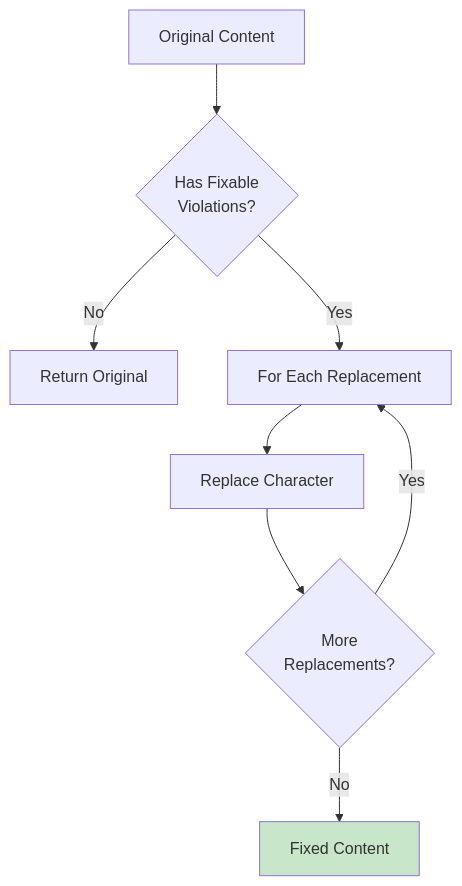
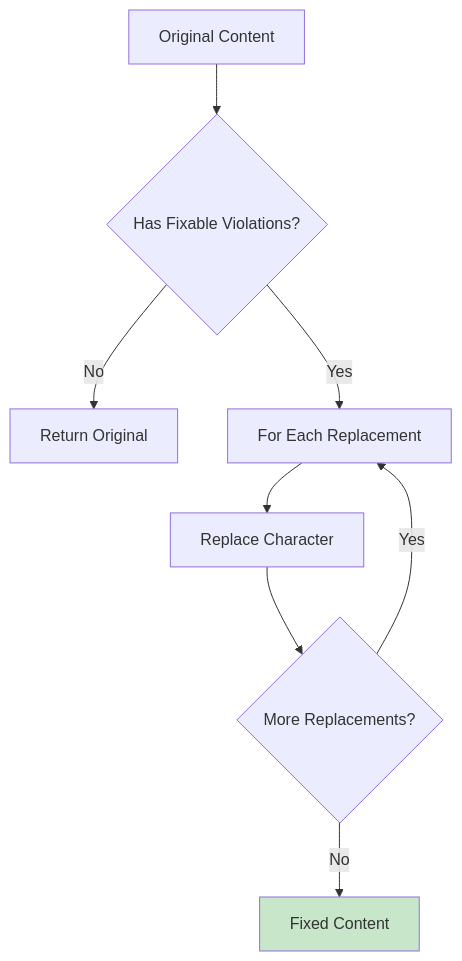
The fourth of 8 diagrams in wiki/Auto-Fix-System.md (softwarewrighter/markdown-checker), drawn with Mermaid before and after one commit. The commit also changed other lines of this file and 10 other files, not shown here.

````diff
--- a/wiki/Auto-Fix-System.md
+++ b/wiki/Auto-Fix-System.md
@@ -168,13 +168,13 @@
 ```mermaid
 graph TD
-    Content[Original Content] --> Check{Has Fixable<br/>Violations?}
+    Content[Original Content] --> Check{Has Fixable Violations?}
     Check -->|No| Return[Return Original]
     Check -->|Yes| ReplaceLoop[For Each Replacement]
 
     ReplaceLoop --> Replace[Replace Character]
-    Replace --> Next{More<br/>Replacements?}
+    Replace --> Next{More Replacements?}
     Next -->|Yes| ReplaceLoop
     Next -->|No| Fixed[Fixed Content]
 
     style Fixed fill:#c8e6c9
 ```
````
